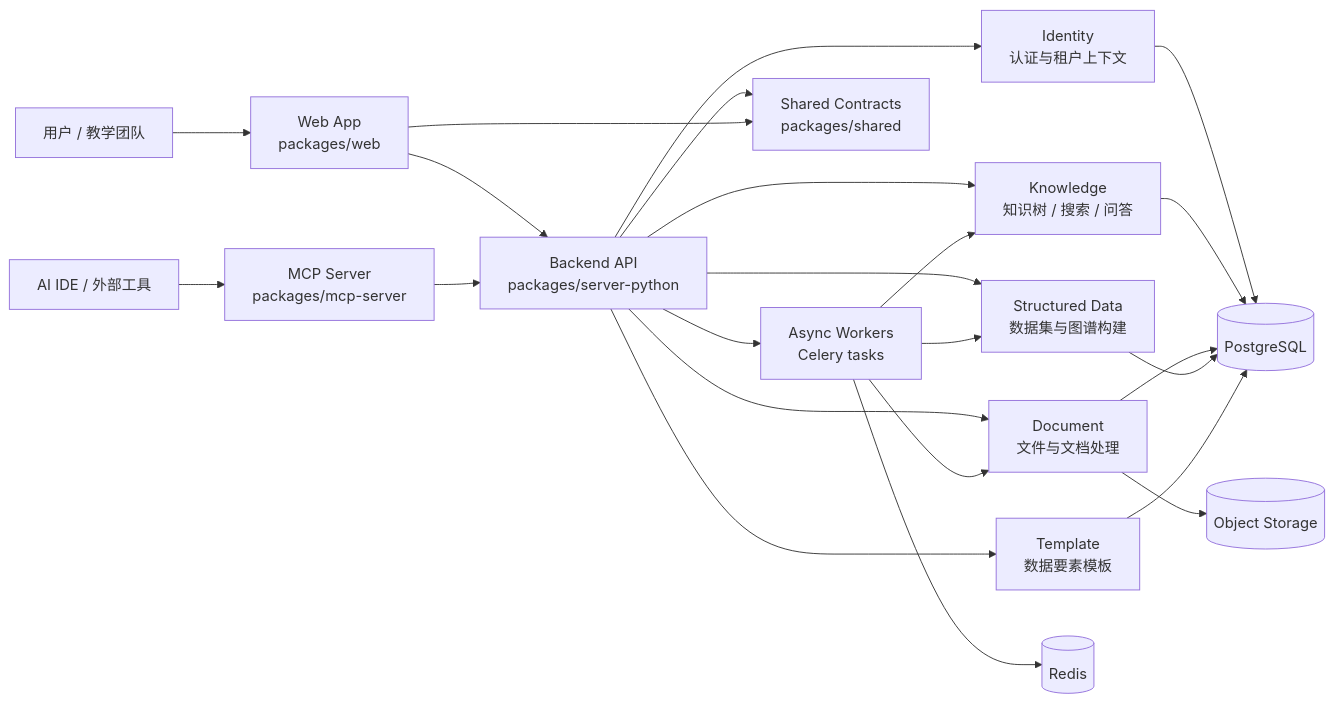
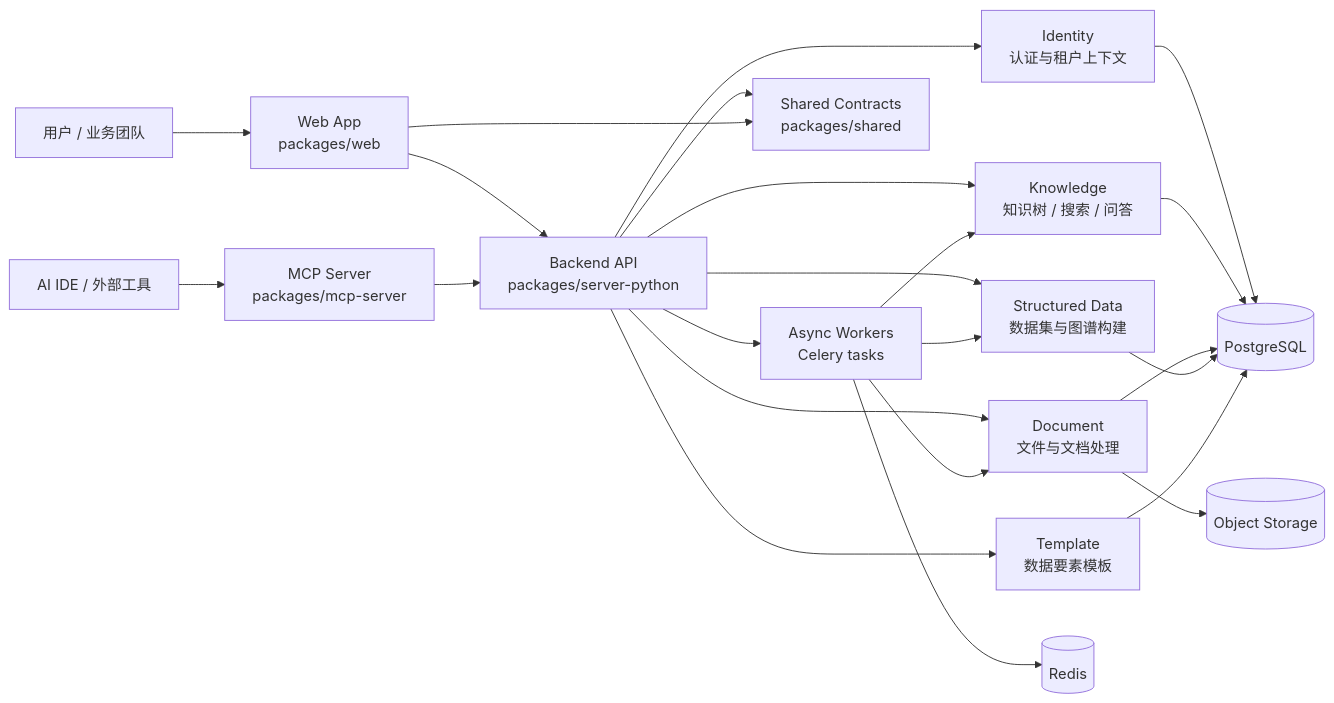
The diagram in ARCHITECTURE.md (MarkDanile/MetaEduBase), drawn with Mermaid before and after one commit. The commit also changed other lines of this file and 4 other files, not shown here.

````diff
--- a/ARCHITECTURE.md
+++ b/ARCHITECTURE.md
@@ -51,30 +51,30 @@
 ```mermaid
 flowchart LR
-    User[用户 / 教学团队] --> Web[Web App<br/>packages/web]
+    User[用户 / 业务团队] --> Web[Web App<br/>packages/web]
     AITools[AI IDE / 外部工具] --> MCP[MCP Server<br/>packages/mcp-server]
 
     Web --> API[Backend API<br/>packages/server-python]
     MCP --> API
 
     API --> Identity[Identity<br/>认证与租户上下文]
     API --> Knowledge[Knowledge<br/>知识树 / 搜索 / 问答]
     API --> Document[Document<br/>文件与文档处理]
     API --> Structured[Structured Data<br/>数据集与图谱构建]
     API --> Template[Template<br/>数据要素模板]
 
     API --> Worker[Async Workers<br/>Celery tasks]
     Worker --> Document
     Worker --> Structured
     Worker --> Knowledge
 
     API --> Shared[Shared Contracts<br/>packages/shared]
     Web --> Shared
 
     Identity --> Store[(PostgreSQL)]
     Knowledge --> Store
     Document --> Store
     Structured --> Store
     Template --> Store
     Worker --> Redis[(Redis)]
     Document --> ObjectStore[(Object Storage)]
 ```
````
